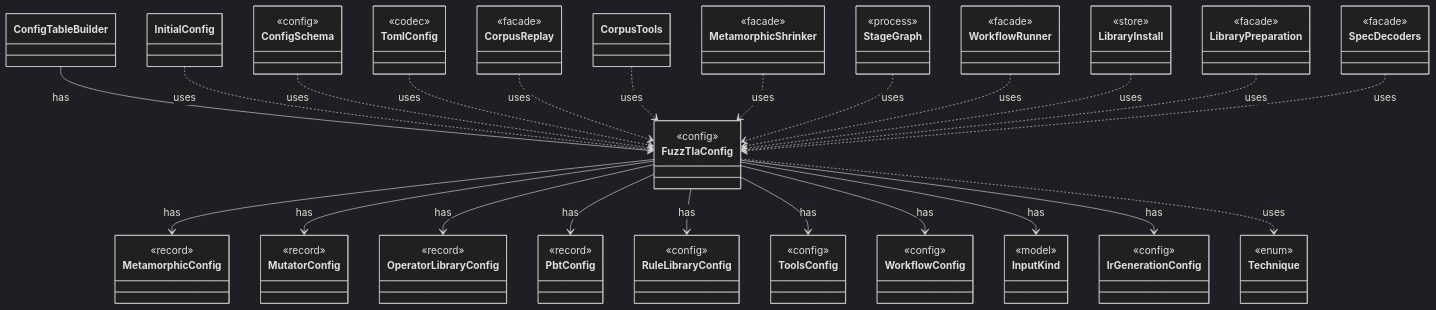
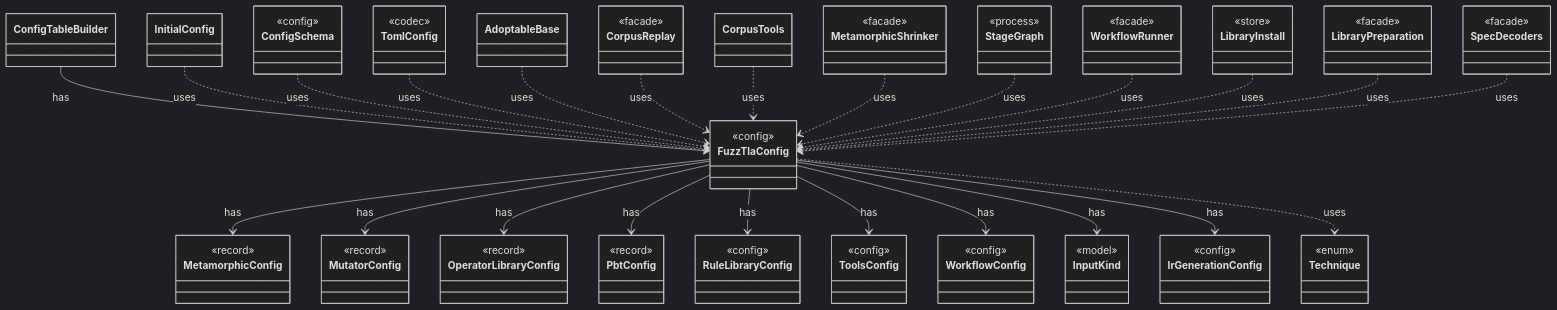
One commit to tlaplus/model-checker-hardening changed the diagram in dev/types/io.github.tlaplus.hardening.config.FuzzTlaConfig.md. Above: the diagram before and after it, drawn with Mermaid (dark theme). The commit also changed other lines of this file and 410 other files, not shown here.

```diff
--- a/dev/types/io.github.tlaplus.hardening.config.FuzzTlaConfig.md
+++ b/dev/types/io.github.tlaplus.hardening.config.FuzzTlaConfig.md
@@ -47,6 +47,7 @@
   class TomlConfig {
     <<codec>>
   }
+  class AdoptableBase
   class CorpusReplay {
     <<facade>>
   }
@@ -83,6 +84,7 @@
   InitialConfig ..> FuzzTlaConfig : uses
   ConfigSchema ..> FuzzTlaConfig : uses
   TomlConfig ..> FuzzTlaConfig : uses
+  AdoptableBase ..> FuzzTlaConfig : uses
   CorpusReplay ..> FuzzTlaConfig : uses
   CorpusTools ..> FuzzTlaConfig : uses
   MetamorphicShrinker ..> FuzzTlaConfig : uses
```
